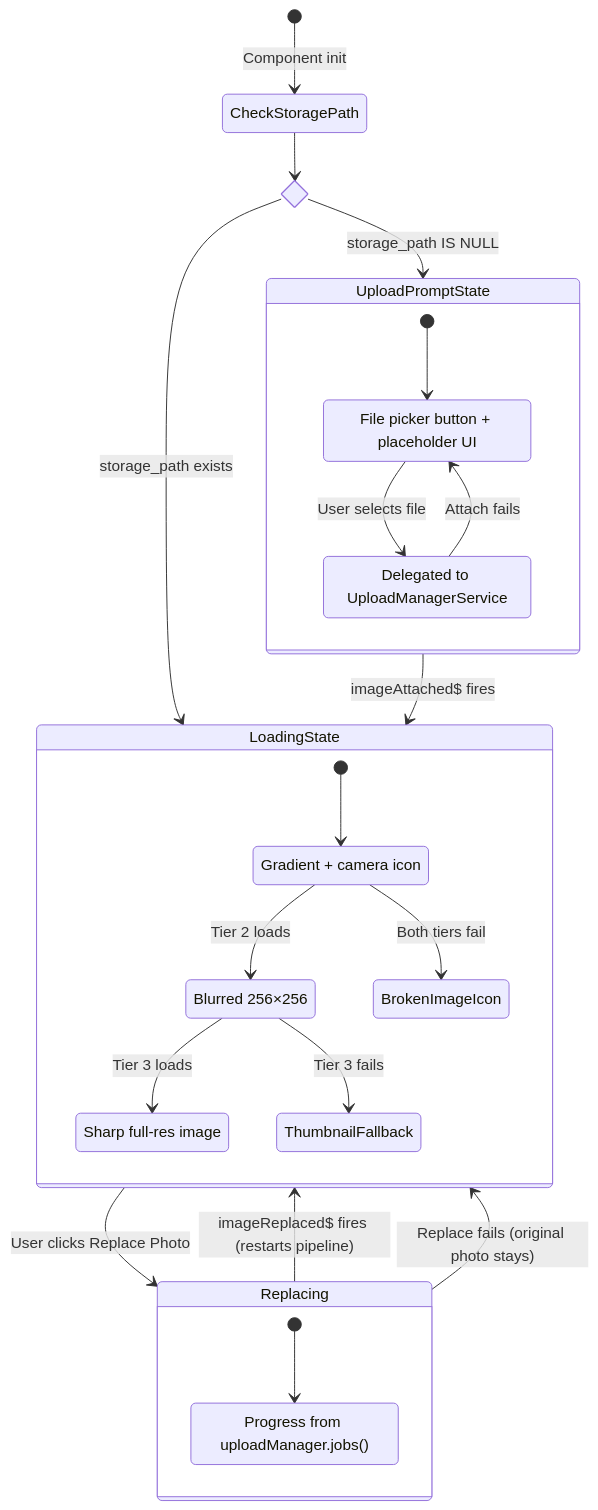
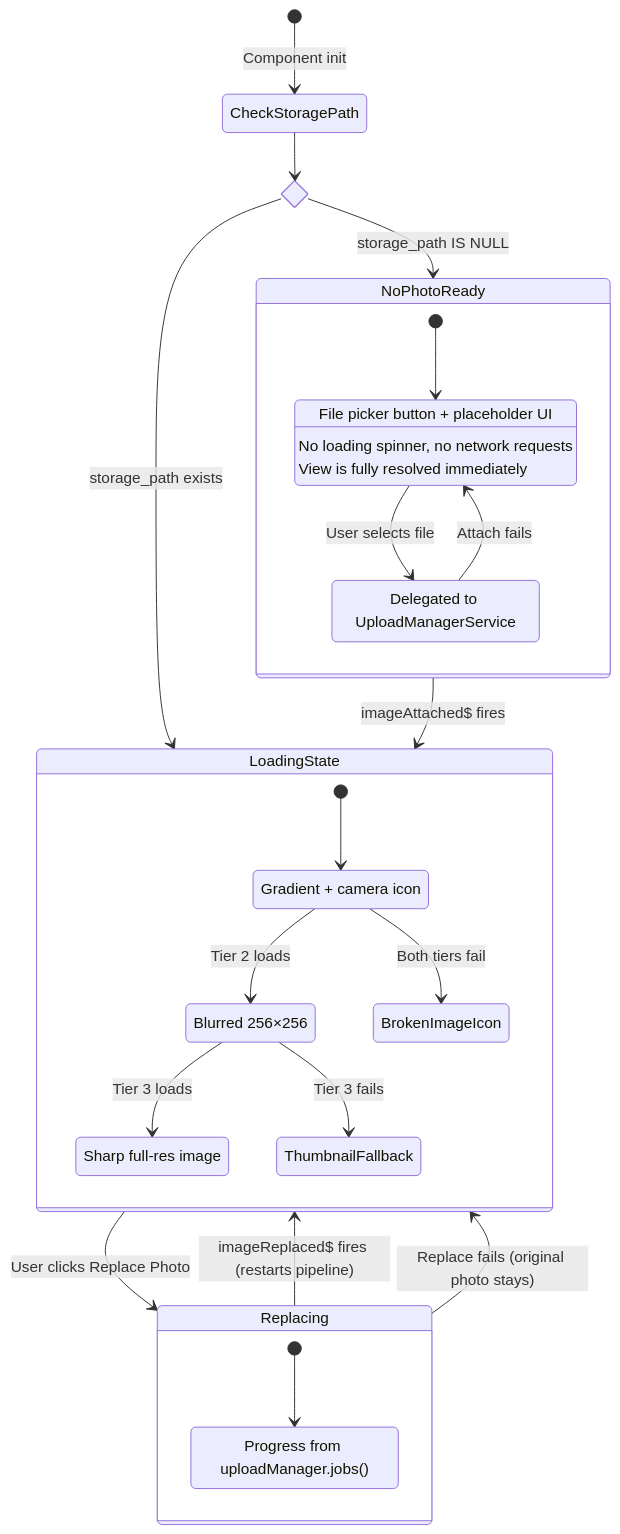
Before and after one commit to matkleve/feldpost: the first of 5 diagrams in docs/element-specs/image-detail-photo-viewer.md, drawn with Mermaid. The commit also changed other lines of this file and 15 other files, not shown here.

First line of the commit message:
feat: implement upload prompt for photo-less state in ImageDetailView

````diff
--- a/docs/element-specs/image-detail-photo-viewer.md
+++ b/docs/element-specs/image-detail-photo-viewer.md
@@ -49,38 +49,40 @@
 ```mermaid
 stateDiagram-v2
     [*] --> CheckStoragePath : Component init
 
     state check <<choice>>
     CheckStoragePath --> check
-    check --> UploadPromptState : storage_path IS NULL
+    check --> NoPhotoReady : storage_path IS NULL
     check --> LoadingState : storage_path exists
 
-    state UploadPromptState {
-        [*] --> ShowPlaceholder
-        ShowPlaceholder : File picker button + placeholder UI
-        ShowPlaceholder --> Attaching : User selects file
+    state NoPhotoReady {
+        [*] --> UploadPrompt
+        UploadPrompt : File picker button + placeholder UI
+        UploadPrompt : No loading spinner, no network requests
+        UploadPrompt : View is fully resolved immediately
+        UploadPrompt --> Attaching : User selects file
         Attaching : Delegated to UploadManagerService
-        Attaching --> ShowPlaceholder : Attach fails
+        Attaching --> UploadPrompt : Attach fails
     }
 
-    UploadPromptState --> LoadingState : imageAttached$ fires
+    NoPhotoReady --> LoadingState : imageAttached$ fires
 
     state LoadingState {
         [*] --> CSSPlaceholder
         CSSPlaceholder : Gradient + camera icon
         CSSPlaceholder --> ThumbnailLoaded : Tier 2 loads
         ThumbnailLoaded : Blurred 256×256
         ThumbnailLoaded --> FullResLoaded : Tier 3 loads
         FullResLoaded : Sharp full-res image
         CSSPlaceholder --> BrokenImageIcon : Both tiers fail
         ThumbnailLoaded --> ThumbnailFallback : Tier 3 fails
     }
 
     LoadingState --> Replacing : User clicks Replace Photo
     state Replacing {
         [*] --> Uploading
         Uploading : Progress from uploadManager.jobs()
     }
     Replacing --> LoadingState : imageReplaced$ fires (restarts pipeline)
     Replacing --> LoadingState : Replace fails (original photo stays)
 ```
````
